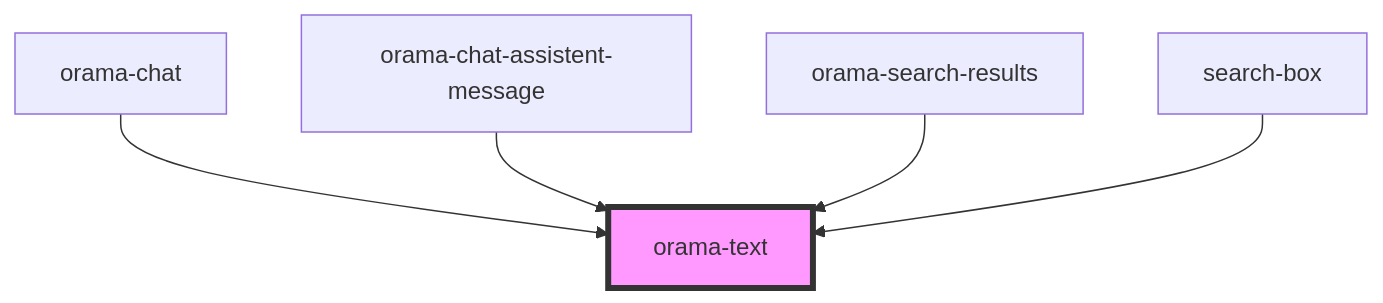
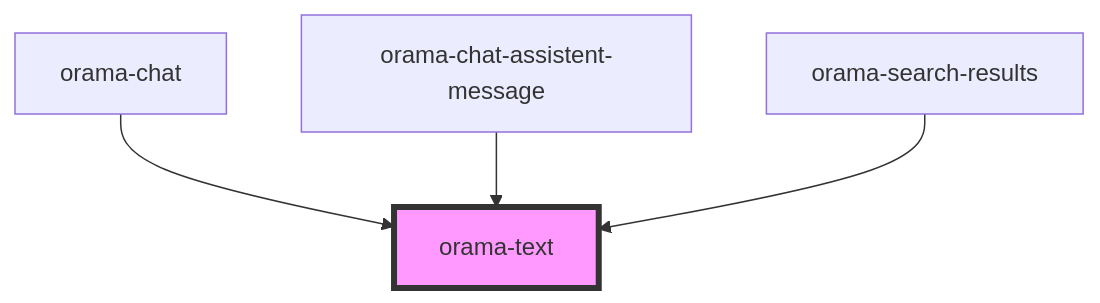
Before and after one commit to askorama/orama-ui-components: the diagram in packages/ui-stencil/src/components/internal/orama-text/readme.md, drawn with Mermaid. The commit also changed other lines of this file and 3 other files, not shown here.

````diff
--- a/packages/ui-stencil/src/components/internal/orama-text/readme.md
+++ b/packages/ui-stencil/src/components/internal/orama-text/readme.md
@@ -26,8 +25,7 @@
 ```mermaid
 graph TD;
   orama-chat --> orama-text
   orama-chat-assistent-message --> orama-text
   orama-search-results --> orama-text
-  search-box --> orama-text
   style orama-text fill:#f9f,stroke:#333,stroke-width:4px
 ```
````
